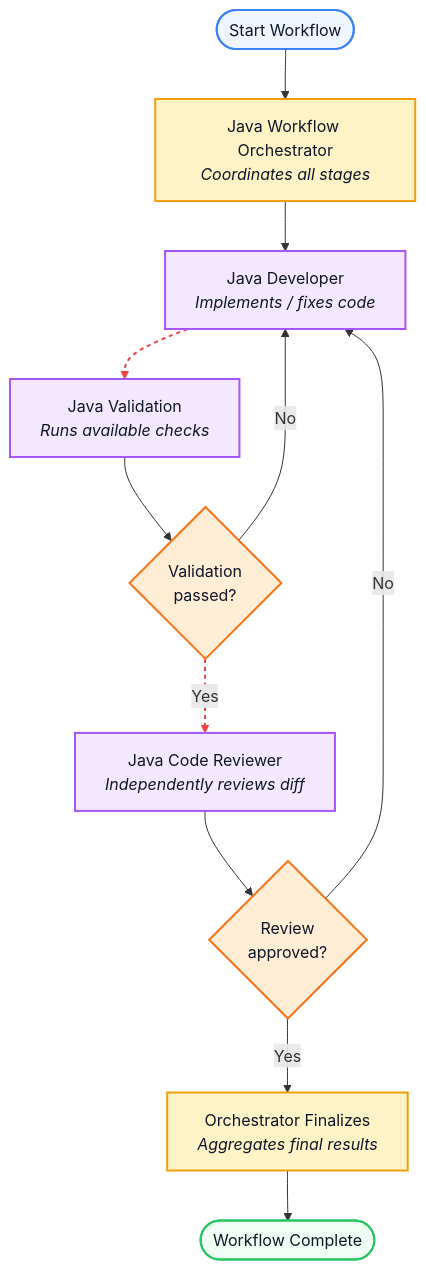
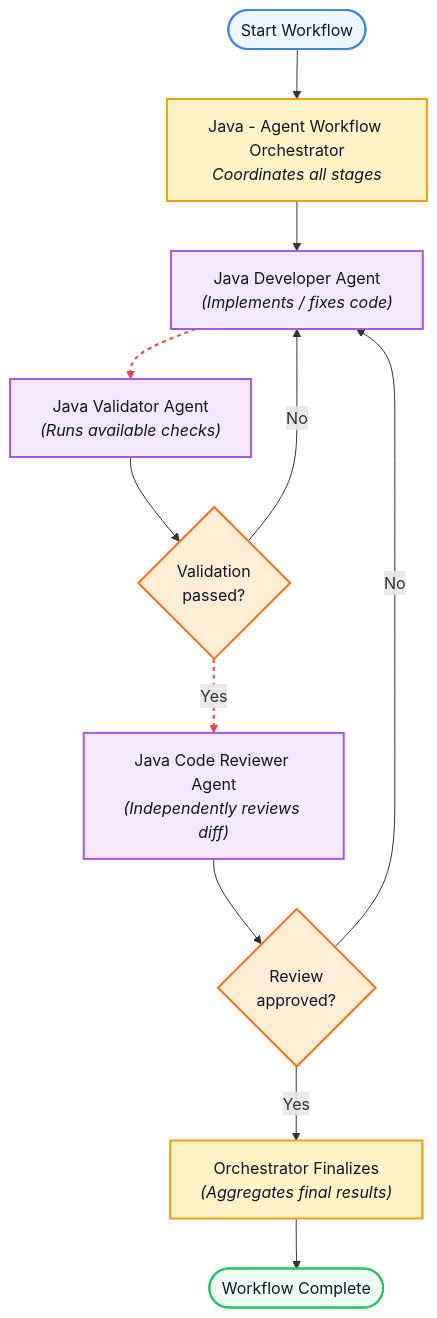
One commit to rameshsvg/java_8_features changed the second of 2 diagrams in README.md. Above: the diagram before and after it, drawn with Mermaid. The commit also changed other lines of this file, not shown here.

Commit message:
Workflow md file commit

````diff
--- a/README.md
+++ b/README.md
@@ -62,35 +66,35 @@
 ```mermaid
 flowchart TD
-    Start([Start Workflow]) --> Orchestrator[Java Workflow Orchestrator<br/><i>Coordinates all stages</i>]
+    Start([Start Workflow]) --> Orchestrator[Java - Agent Workflow Orchestrator<br/><i>Coordinates all stages</i>]
     
-    Orchestrator --> Developer[Java Developer<br><i>Implements / fixes code</i>]
+    Orchestrator --> Developer[Java Developer Agent<br><i>#40;Implements / fixes code#41;</i>]
     
-    Developer --> Validation[Java Validation<br/><i>Runs available checks</i>]
+    Developer --> Validator[Java Validator Agent<br/><i>#40;Runs available checks#41;</i>]
     
-    Validation --> ValDecision{Validation<br/>passed?}
+    Validator --> ValDecision{Validation<br/>passed?}
     
     ValDecision -- No --> Developer
-    ValDecision -- Yes --> Reviewer[Java Code Reviewer<br><i>Independently reviews diff</i>]
+    ValDecision -- Yes --> Reviewer[Java Code Reviewer Agent<br><i>#40;Independently reviews diff#41;</i>]
     
     Reviewer --> RevDecision{Review<br/>approved?}
     
     RevDecision -- No --> Developer
-    RevDecision -- Yes --> Finalize[Orchestrator Finalizes<br><i>Aggregates final results</i>]
+    RevDecision -- Yes --> Finalize[Orchestrator Finalizes<br><i>#40;Aggregates final results#41;</i>]
     
     Finalize --> End([Workflow Complete])
 
     %% Styling
     style Start fill:#eff6ff,stroke:#3b82f6,stroke-width:2px,color:#0f172a
     style End fill:#f0fdf4,stroke:#22c55e,stroke-width:2px,color:#0f172a
     style Orchestrator fill:#fef3c7,stroke:#f59e0b,stroke-width:2px,color:#0f172a
     style Finalize fill:#fef3c7,stroke:#f59e0b,stroke-width:2px,color:#0f172a
     style Developer fill:#f3e8ff,stroke:#a855f7,stroke-width:2px,color:#0f172a
-    style Validation fill:#f3e8ff,stroke:#a855f7,stroke-width:2px,color:#0f172a
+    style Validator fill:#f3e8ff,stroke:#a855f7,stroke-width:2px,color:#0f172a
     style Reviewer fill:#f3e8ff,stroke:#a855f7,stroke-width:2px,color:#0f172a
     style ValDecision fill:#ffedd5,stroke:#f97316,stroke-width:2px,color:#0f172a
     style RevDecision fill:#ffedd5,stroke:#f97316,stroke-width:2px,color:#0f172a
 
     %% Link styles for clean loopbacks
     linkStyle 2 stroke:#ef4444,stroke-width:2px,stroke-dasharray: 4 4;
     linkStyle 5 stroke:#ef4444,stroke-width:2px,stroke-dasharray: 4 4;
 ```
````
